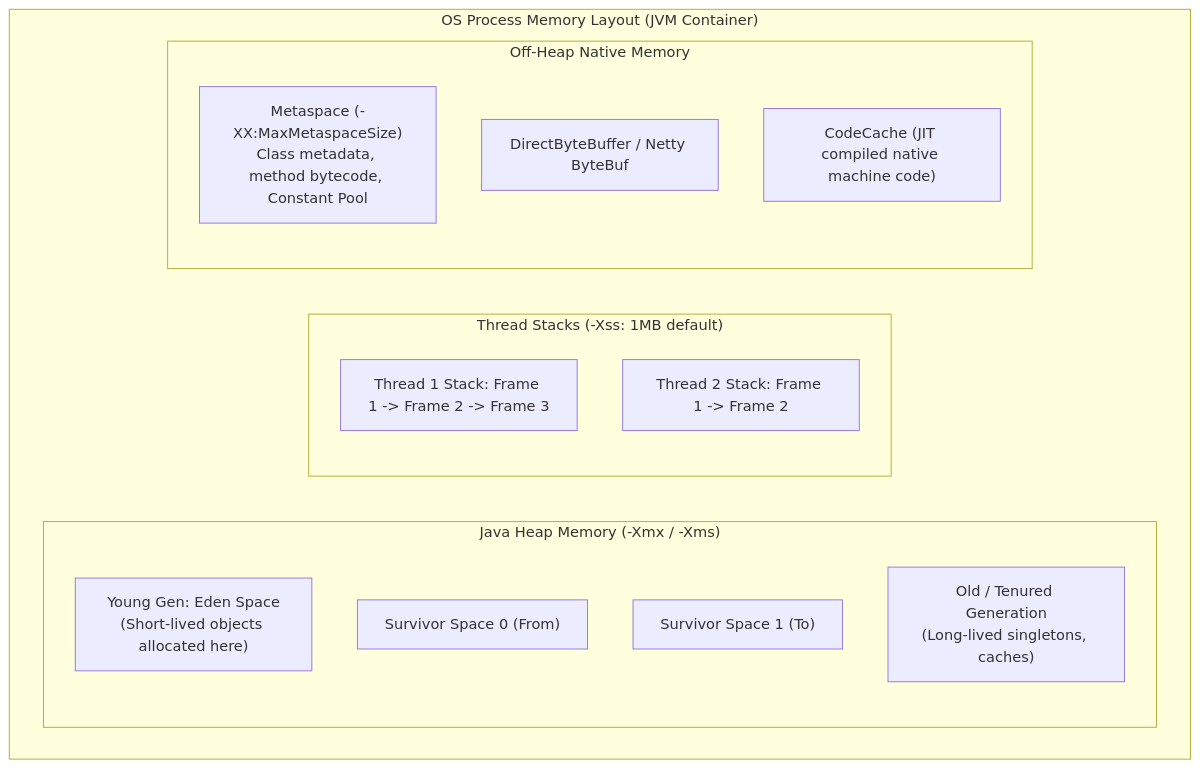
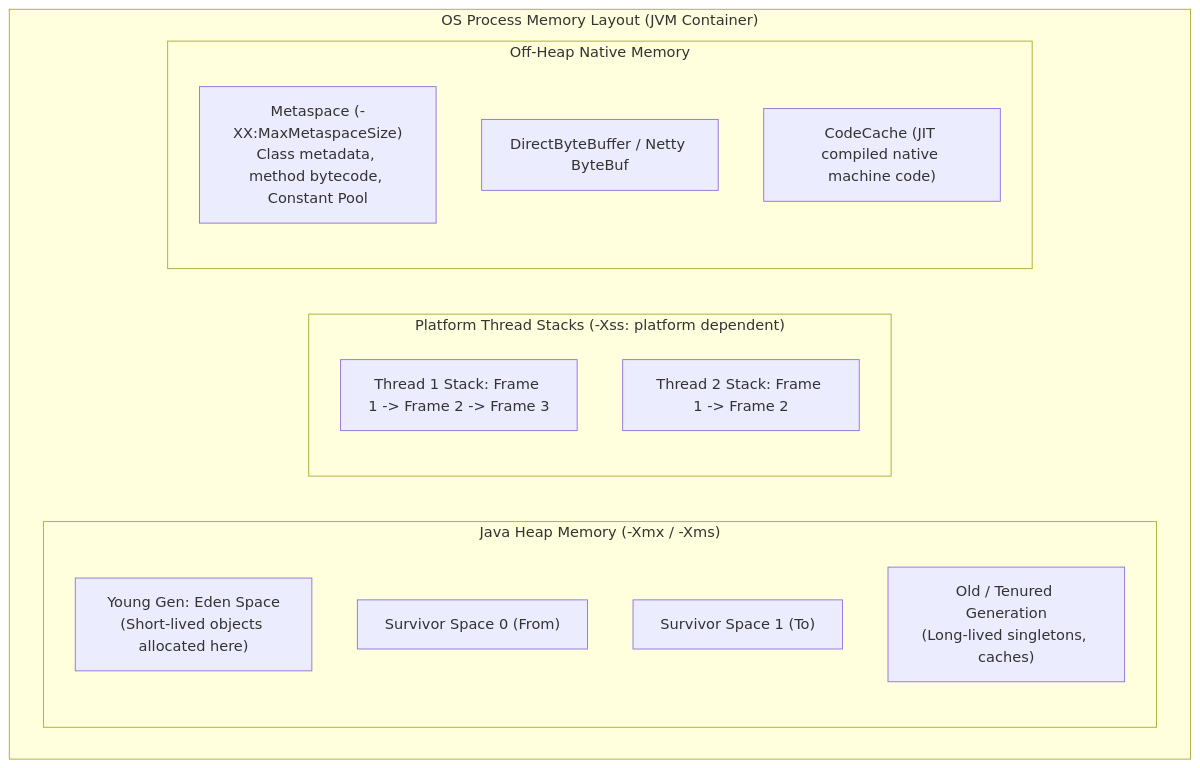
The second of 4 diagrams in docs/java/java-core.mdx (weaponxwolf/backend-engineering-mastry), drawn with Mermaid before and after one commit. The commit also changed other lines of this file and 83 other files, not shown here.

````diff
--- a/docs/java/java-core.mdx
+++ b/docs/java/java-core.mdx
@@ -36,22 +40,22 @@
 ```mermaid
 flowchart TD
     subgraph ProcessMemory ["OS Process Memory Layout (JVM Container)"]
         subgraph HeapSpace ["Java Heap Memory (-Xmx / -Xms)"]
             Eden["Young Gen: Eden Space<br/>(Short-lived objects allocated here)"]
             S0["Survivor Space 0 (From)"]
             S1["Survivor Space 1 (To)"]
             OldGen["Old / Tenured Generation<br/>(Long-lived singletons, caches)"]
         end
 
-        subgraph ThreadStacks ["Thread Stacks (-Xss: 1MB default)"]
+        subgraph ThreadStacks ["Platform Thread Stacks (-Xss: platform dependent)"]
             Stack1["Thread 1 Stack: Frame 1 -> Frame 2 -> Frame 3"]
             Stack2["Thread 2 Stack: Frame 1 -> Frame 2"]
         end
 
         subgraph OffHeap ["Off-Heap Native Memory"]
             Meta["Metaspace (-XX:MaxMetaspaceSize)<br/>Class metadata, method bytecode, Constant Pool"]
             Direct["DirectByteBuffer / Netty ByteBuf"]
             JITCode["CodeCache (JIT compiled native machine code)"]
         end
     end
 ```
````
